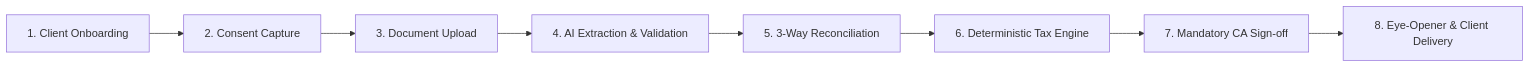
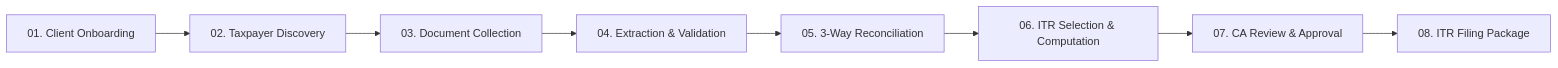
Before and after one commit to omkhade75/ca-bharat: the diagram in README.md, drawn with Mermaid. The commit also changed other lines of this file and 7 other files, not shown here.

````diff
--- a/README.md
+++ b/README.md
@@ -62,10 +26,10 @@
 ```mermaid
 flowchart LR
-    A["1. Client Onboarding"] --> B["2. Consent Capture"]
-    B --> C["3. Document Upload"]
-    C --> D["4. AI Extraction & Validation"]
-    D --> E["5. 3-Way Reconciliation"]
-    E --> F["6. Deterministic Tax Engine"]
-    F --> G["7. Mandatory CA Sign-off"]
-    G --> H["8. Eye-Opener & Client Delivery"]
+    S1["01. Client Onboarding"] --> S2["02. Taxpayer Discovery"]
+    S2 --> S3["03. Document Collection"]
+    S3 --> S4["04. Extraction & Validation"]
+    S4 --> S5["05. 3-Way Reconciliation"]
+    S5 --> S6["06. ITR Selection & Computation"]
+    S6 --> S7["07. CA Review & Approval"]
+    S7 --> S8["08. ITR Filing Package"]
 ```
````
